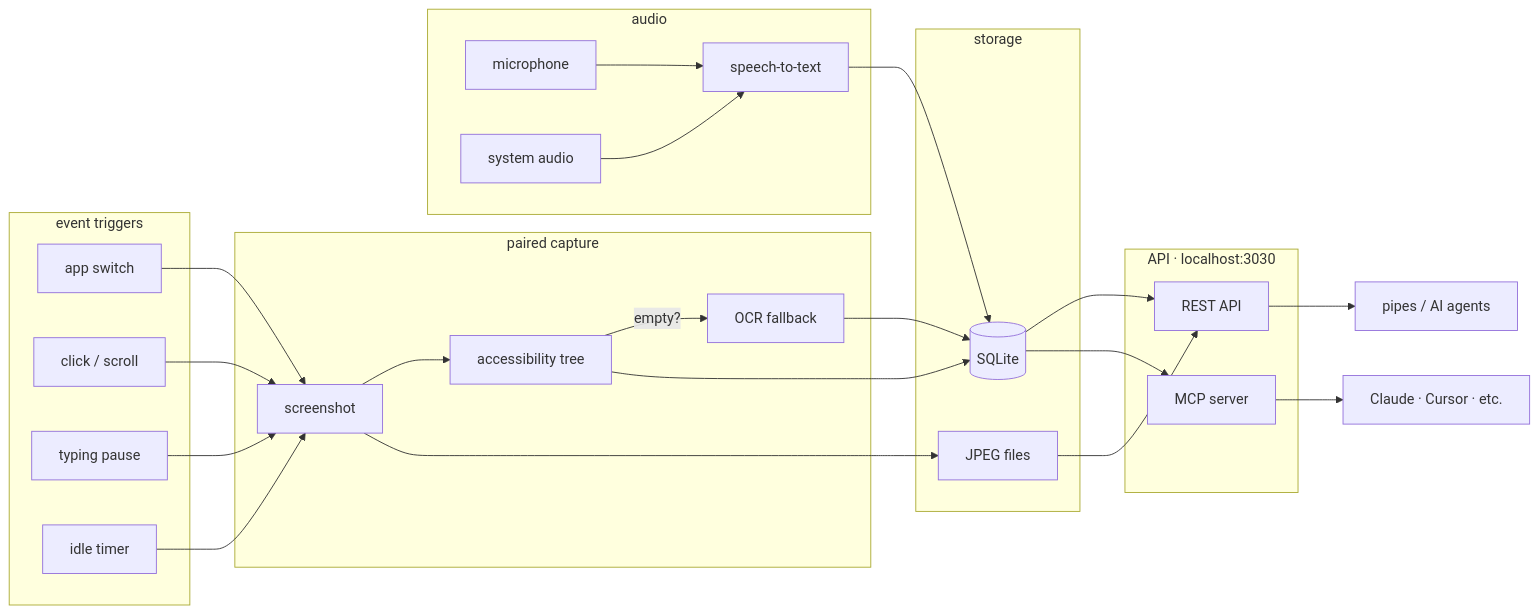
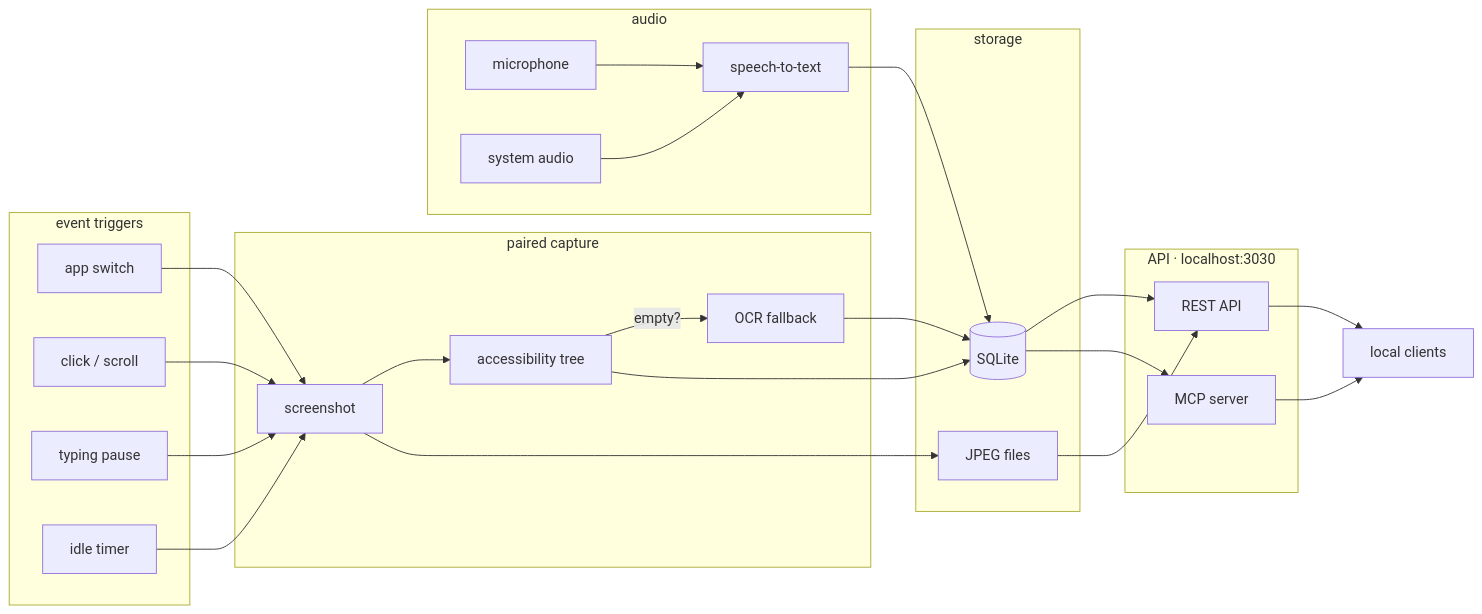
One commit to digiwise/ScreenWise changed the first of 4 diagrams in docs/mintlify/docs-mintlify-mig-tmp/architecture.mdx. Above: the diagram before and after it, drawn with Mermaid. The commit also changed other lines of this file and 24 other files, not shown here.

````diff
--- a/docs/mintlify/docs-mintlify-mig-tmp/architecture.mdx
+++ b/docs/mintlify/docs-mintlify-mig-tmp/architecture.mdx
@@ -12,47 +12,47 @@
 ```mermaid
 graph LR
     subgraph trigger["event triggers"]
         E1[app switch]
         E2[click / scroll]
         E3[typing pause]
         E4[idle timer]
     end
 
     subgraph capture["paired capture"]
         SS[screenshot]
         A11Y[accessibility tree]
         OCR[OCR fallback]
     end
 
     subgraph audio["audio"]
         MIC[microphone]
         SYS[system audio]
         STT[speech-to-text]
     end
 
     subgraph store["storage"]
         DB[(SQLite)]
         FS[JPEG files]
     end
 
     subgraph serve["API · localhost:3030"]
         REST[REST API]
         MCP[MCP server]
     end
 
     E1 & E2 & E3 & E4 --> SS
     SS --> A11Y
     A11Y -->|empty?| OCR
     A11Y --> DB
     OCR --> DB
     SS --> FS
 
     MIC & SYS --> STT --> DB
 
     DB --> REST
     DB --> MCP
     FS --> REST
 
-    REST --> P[pipes / AI agents]
-    MCP --> AI[Claude · Cursor · etc.]
+    REST --> CLIENT[local clients]
+    MCP --> CLIENT
 ```
````
